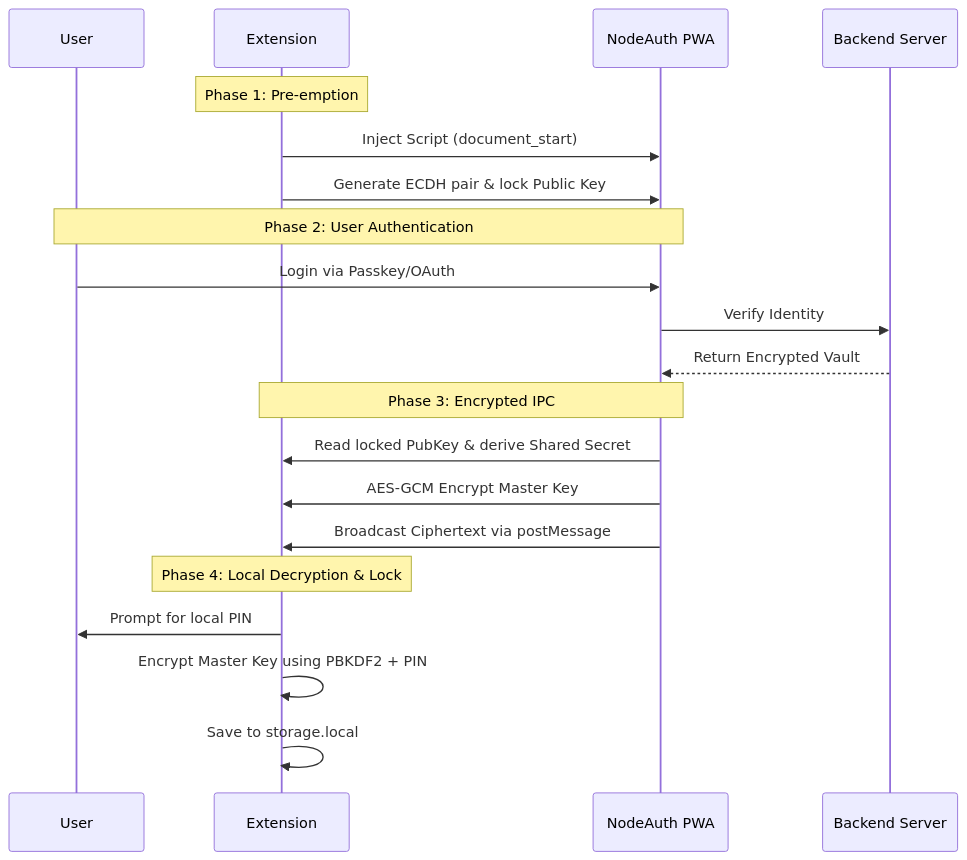
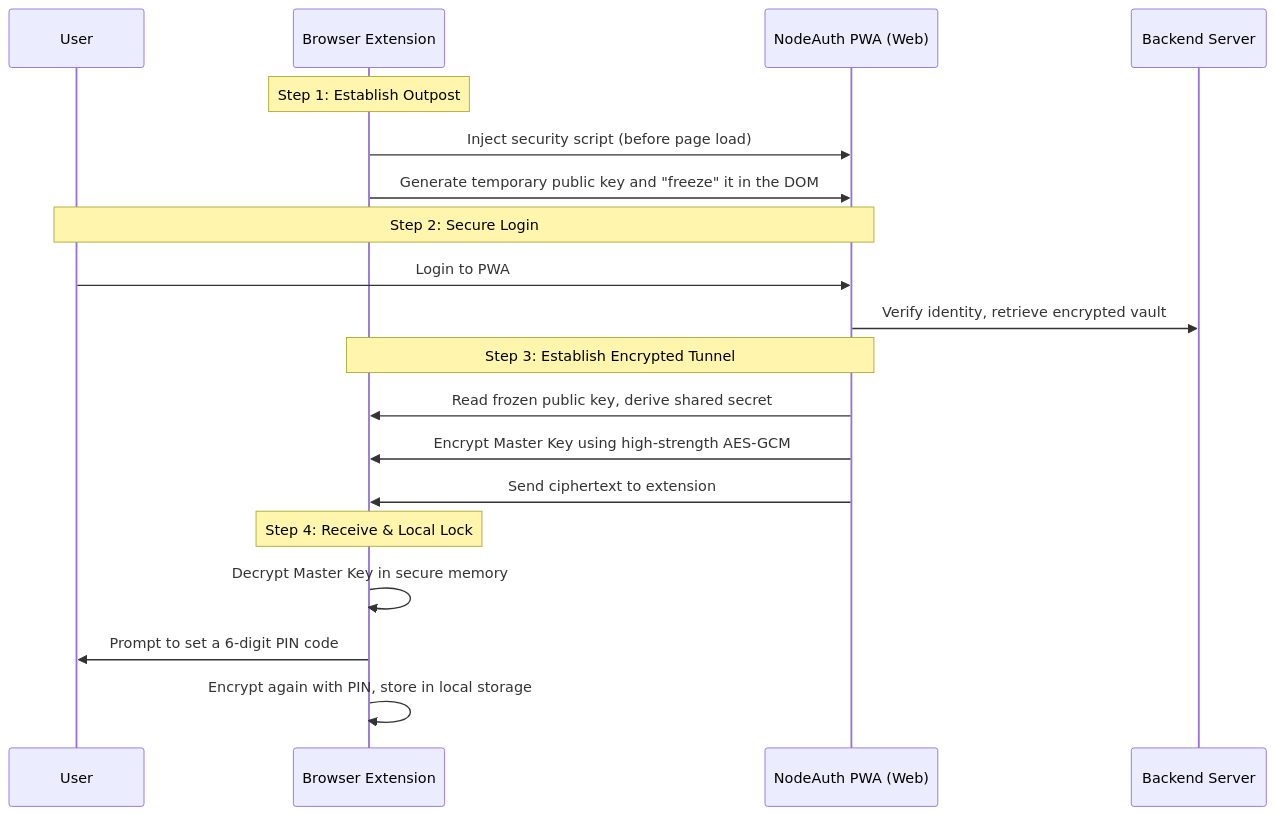
One commit to nodeauth/nodeauth-wiki changed the diagram in docs/en/extension/architecture.md. Above: the diagram before and after it, drawn with Mermaid. The commit also changed other lines of this file and 4 other files, not shown here.

````diff
--- a/docs/en/extension/architecture.md
+++ b/docs/en/extension/architecture.md
@@ -16,26 +20,25 @@
 ```mermaid
 sequenceDiagram
     participant User
-    participant Ext as Extension
-    participant PWA as NodeAuth PWA
+    participant Ext as Browser Extension
+    participant PWA as NodeAuth PWA (Web)
     participant Server as Backend Server
 
-    Note over Ext: Phase 1: Pre-emption
-    Ext->>PWA: Inject Script (document_start)
-    Ext->>PWA: Generate ECDH pair & lock Public Key
+    Note over Ext: Step 1: Establish Outpost
+    Ext->>PWA: Inject security script (before page load)
+    Ext->>PWA: Generate temporary public key and "freeze" it in the DOM
     
-    Note over User, PWA: Phase 2: User Authentication
-    User->>PWA: Login via Passkey/OAuth
-    PWA->>Server: Verify Identity
-    Server-->>PWA: Return Encrypted Vault
+    Note over User, PWA: Step 2: Secure Login
+    User->>PWA: Login to PWA
+    PWA->>Server: Verify identity, retrieve encrypted vault
     
-    Note over PWA, Ext: Phase 3: Encrypted IPC
-    PWA->>Ext: Read locked PubKey & derive Shared Secret
-    PWA->>Ext: AES-GCM Encrypt Master Key
-    PWA->>Ext: Broadcast Ciphertext via postMessage
+    Note over PWA, Ext: Step 3: Establish Encrypted Tunnel
+    PWA->>Ext: Read frozen public key, derive shared secret
+    PWA->>Ext: Encrypt Master Key using high-strength AES-GCM
+    PWA->>Ext: Send ciphertext to extension
     
-    Note over Ext: Phase 4: Local Decryption & Lock
-    Ext->>User: Prompt for local PIN
-    Ext->>Ext: Encrypt Master Key using PBKDF2 + PIN
-    Ext->>Ext: Save to storage.local
+    Note over Ext: Step 4: Receive & Local Lock
+    Ext->>Ext: Decrypt Master Key in secure memory
+    Ext->>User: Prompt to set a 6-digit PIN code
+    Ext->>Ext: Encrypt again with PIN, store in local storage
 ```
````
